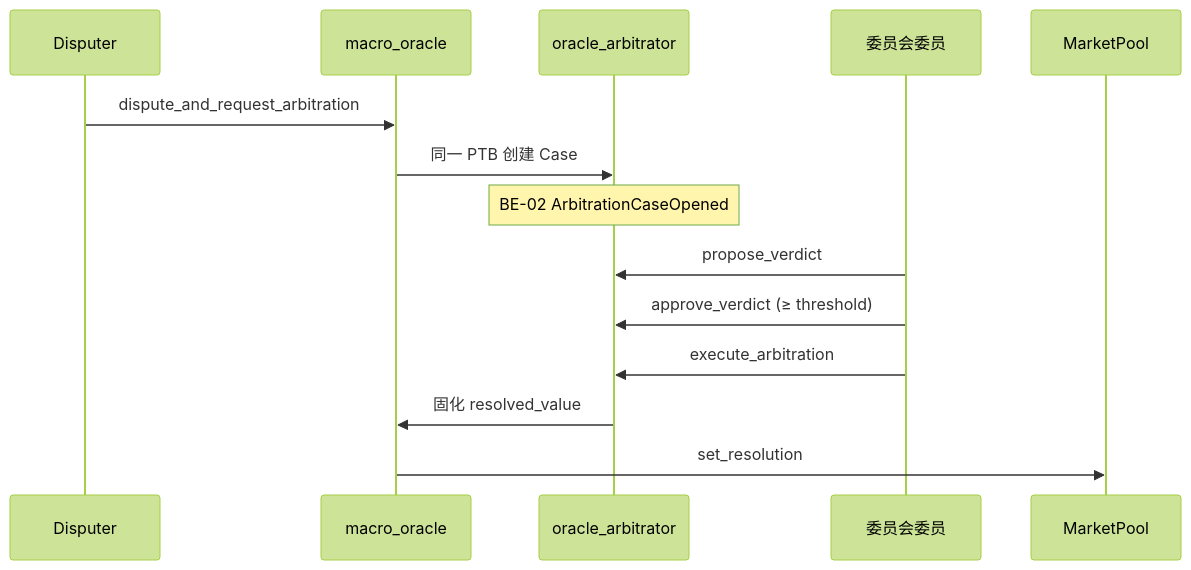
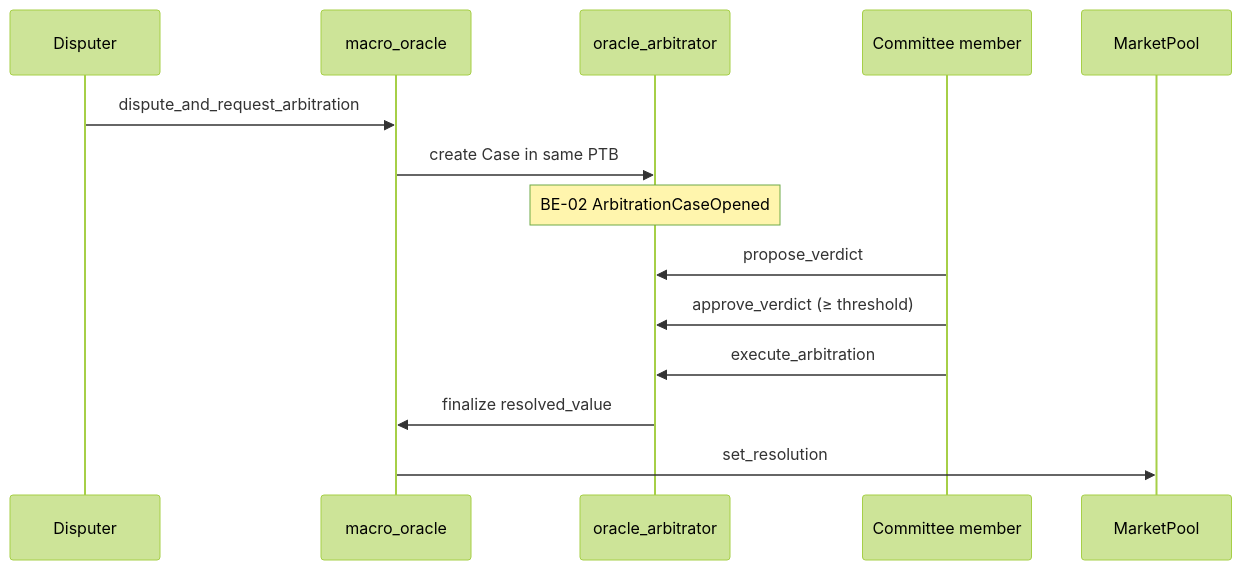
One commit to bamaao/x-market changed the fifth of 8 diagrams in docs/business-spec.md. Above: the diagram before and after it, drawn with Mermaid (forest theme). The commit also changed other lines of this file and 93 other files, not shown here.

````diff
--- a/docs/business-spec.md
+++ b/docs/business-spec.md
@@ -784,17 +786,17 @@
 ```mermaid
 sequenceDiagram
     participant D as Disputer
     participant O as macro_oracle
     participant A as oracle_arbitrator
-    participant C as 委员会委员
+    participant C as Committee member
     participant Pool as MarketPool
 
     D->>O: dispute_and_request_arbitration
-    O->>A: 同一 PTB 创建 Case
+    O->>A: create Case in same PTB
     Note over A: BE-02 ArbitrationCaseOpened
     C->>A: propose_verdict
     C->>A: approve_verdict (≥ threshold)
     C->>A: execute_arbitration
-    A->>O: 固化 resolved_value
+    A->>O: finalize resolved_value
     O->>Pool: set_resolution
 ```
````
